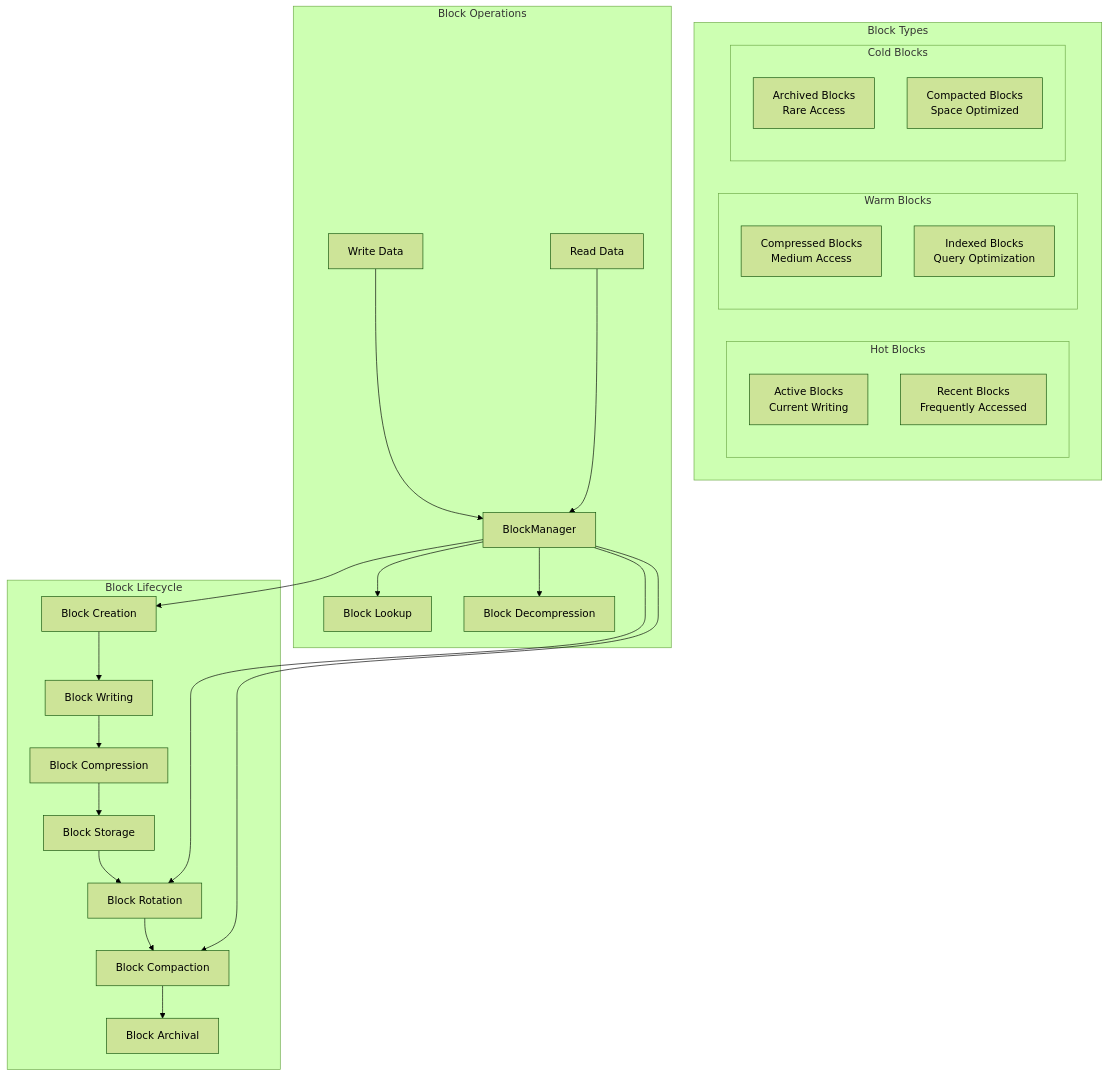
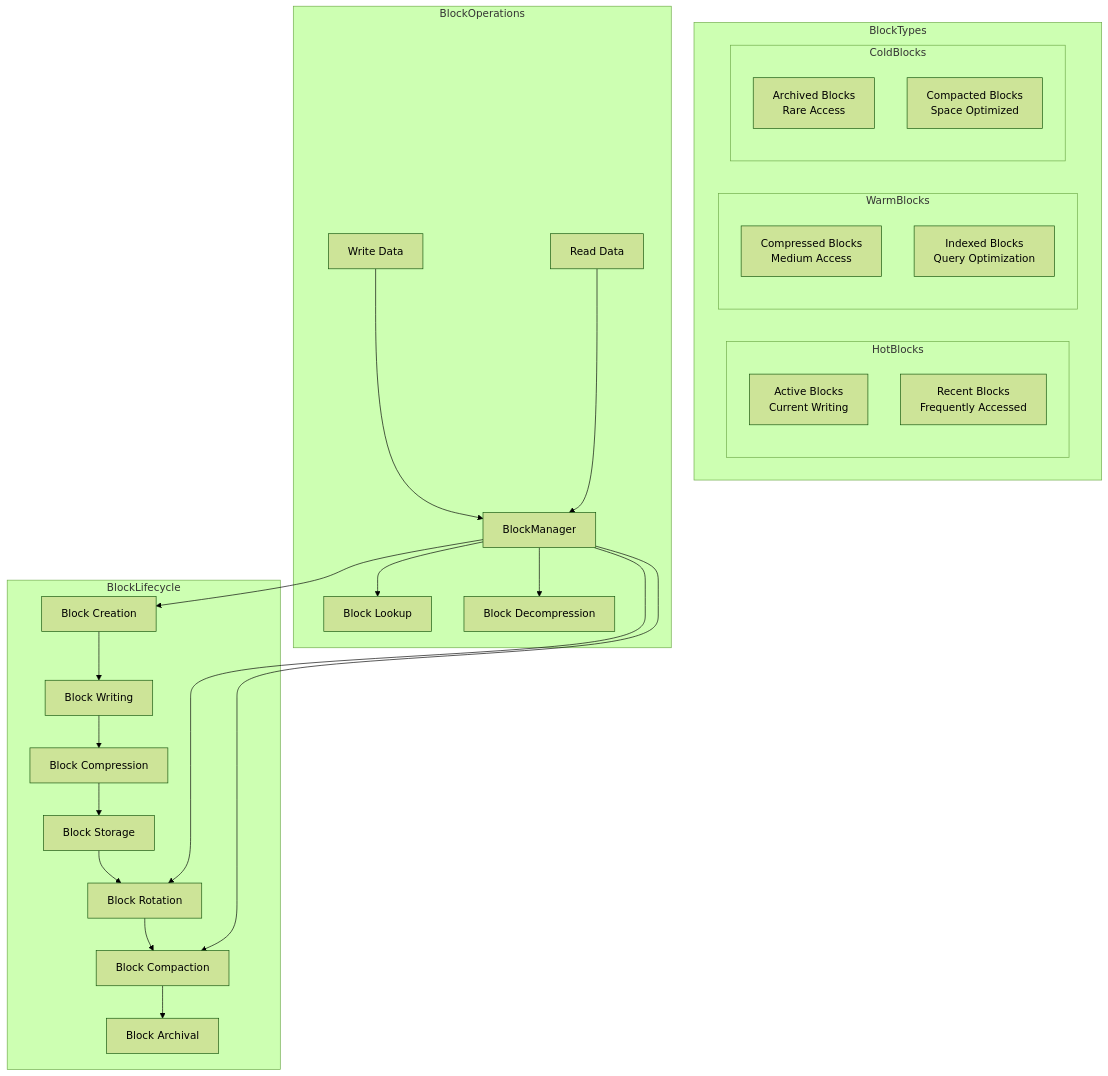
Before and after one commit to vobbilis/mytsdb: the eighth of 12 diagrams in diagrams.md, drawn with Mermaid (forest theme). The commit also changed other lines of this file, not shown here.

Commit message:
Fix Mermaid syntax errors in diagrams.md - remove parentheses and spaces from subgraph names

````diff
--- a/diagrams.md
+++ b/diagrams.md
@@ -340,39 +340,39 @@
 ```mermaid
 graph TB
-    subgraph Block Lifecycle
+    subgraph BlockLifecycle
         BlockCreation[Block Creation] --> BlockWriting[Block Writing]
         BlockWriting --> BlockCompression[Block Compression]
         BlockCompression --> BlockStorage[Block Storage]
         BlockStorage --> BlockRotation[Block Rotation]
         BlockRotation --> BlockCompaction[Block Compaction]
         BlockCompaction --> BlockArchival[Block Archival]
     end
     
-    subgraph Block Types
-        subgraph Hot Blocks
+    subgraph BlockTypes
+        subgraph HotBlocks
             HotActive[Active Blocks<br/>Current Writing]
             HotRecent[Recent Blocks<br/>Frequently Accessed]
         end
         
-        subgraph Warm Blocks
+        subgraph WarmBlocks
             WarmCompressed[Compressed Blocks<br/>Medium Access]
             WarmIndexed[Indexed Blocks<br/>Query Optimization]
         end
         
-        subgraph Cold Blocks
+        subgraph ColdBlocks
             ColdArchived[Archived Blocks<br/>Rare Access]
             ColdCompacted[Compacted Blocks<br/>Space Optimized]
         end
     end
     
-    subgraph Block Operations
+    subgraph BlockOperations
         WriteData[Write Data] --> BlockManager
         BlockManager --> BlockCreation
         BlockManager --> BlockRotation
         BlockManager --> BlockCompaction
         
         ReadData[Read Data] --> BlockManager
         BlockManager --> BlockLookup[Block Lookup]
         BlockManager --> BlockDecompression[Block Decompression]
     end
 ```
````
